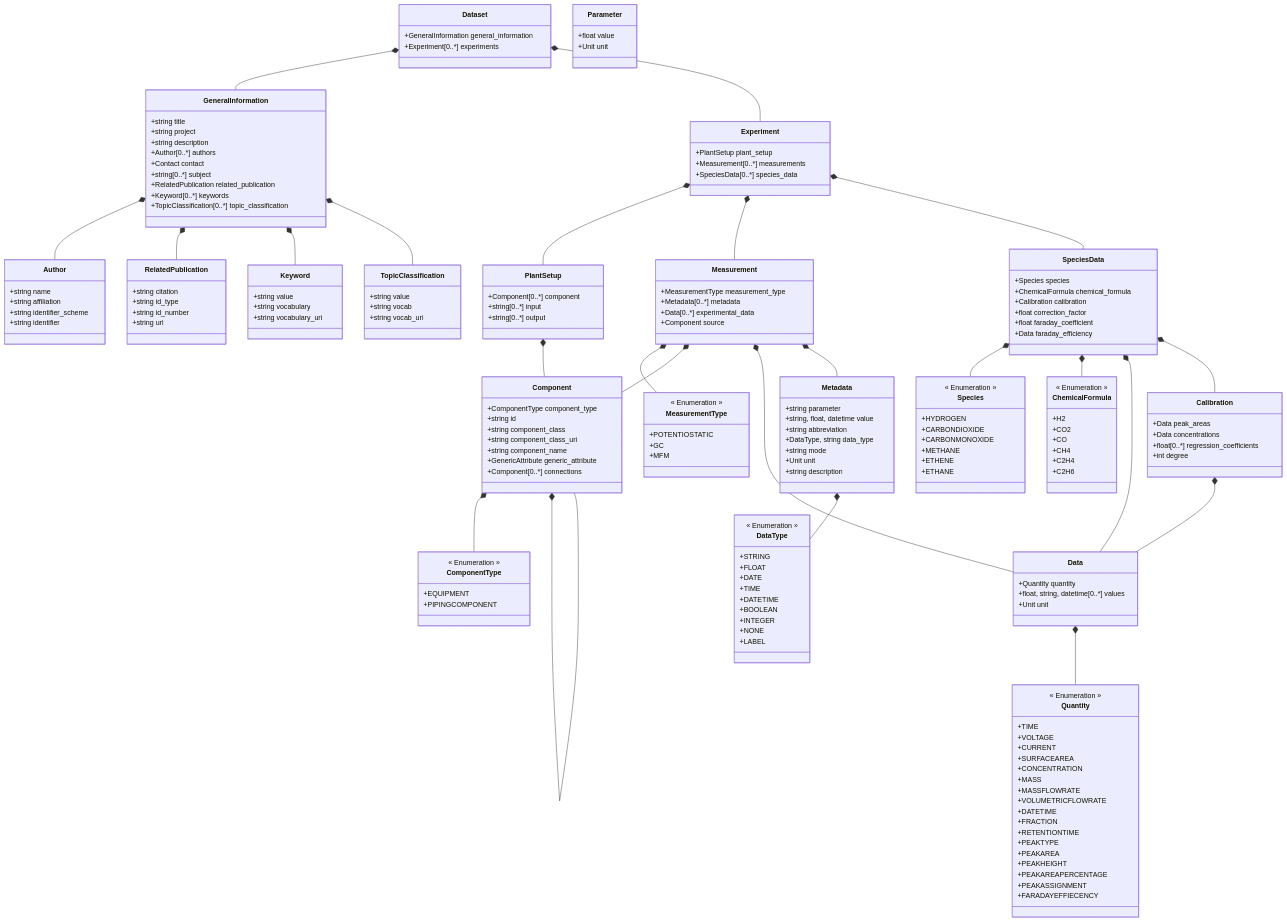
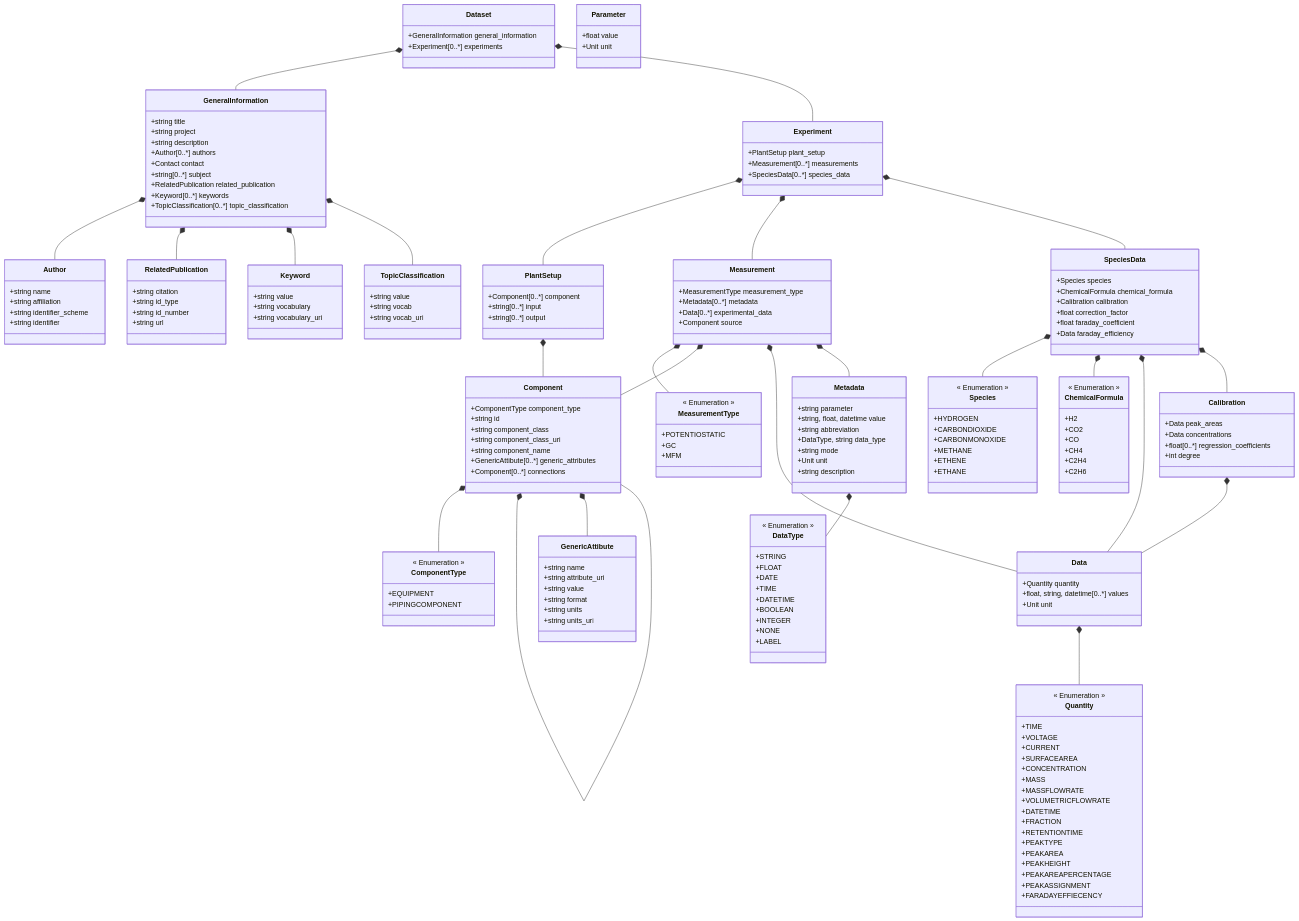
The diagram in FAIRFlowChemistry/schemes/fairflowchemistry_schema.md (FAIRChemistry/FAIRFlow), drawn with Mermaid before and after one commit. The commit also changed 18 other files, not shown here.

```diff
--- a/FAIRFlowChemistry/schemes/fairflowchemistry_schema.md
+++ b/FAIRFlowChemistry/schemes/fairflowchemistry_schema.md
@@ -12,6 +12,7 @@
     PlantSetup *-- Component
     Component *-- ComponentType
     Component *-- Component
+    Component *-- GenericAttibute
     Data *-- Quantity
     Metadata *-- DataType
     Measurement *-- MeasurementType
@@ -85,8 +86,17 @@
         +string component_class
         +string component_class_uri
         +string component_name
-        +GenericAttribute generic_attribute
+        +GenericAttibute[0..*] generic_attributes
         +Component[0..*] connections
+    }
+    
+    class GenericAttibute {
+        +string name
+        +string attribute_uri
+        +string value
+        +string format
+        +string units
+        +string units_uri
     }
     
     class Parameter {
```
